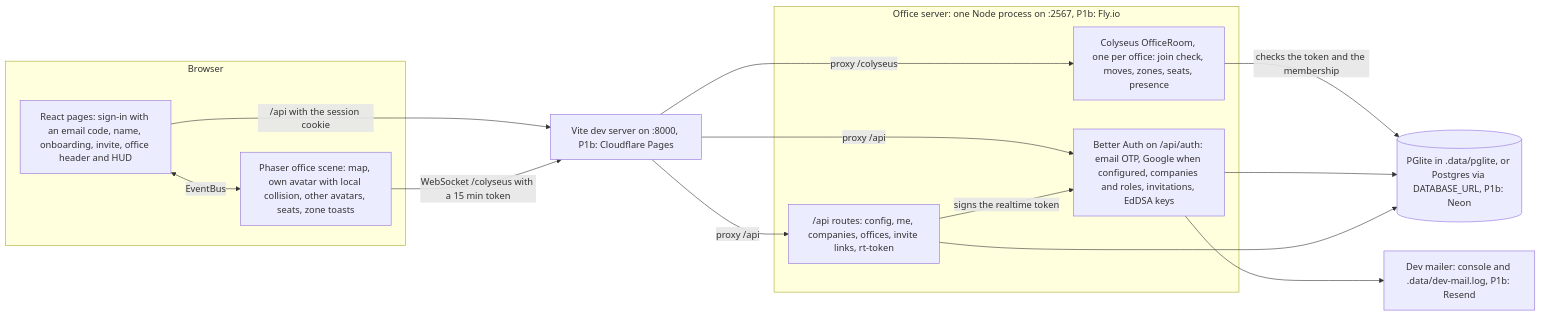
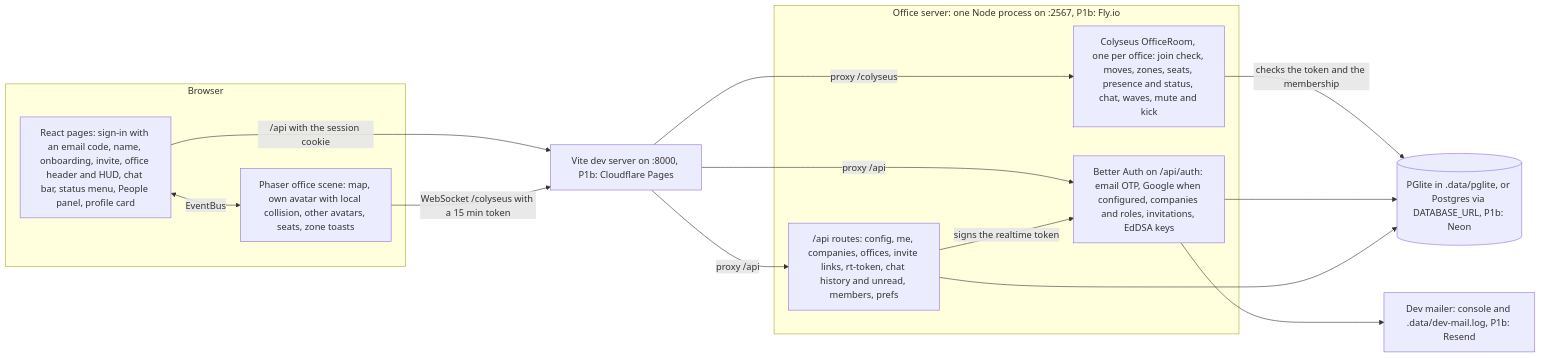
Before and after one commit to brijeshpatolia/virtual-office-app: the diagram in README.md, drawn with Mermaid. The commit also changed other lines of this file and 5 other files, not shown here.

````diff
--- a/README.md
+++ b/README.md
@@ -53,30 +57,30 @@
 ```mermaid
 flowchart LR
   subgraph Browser["Browser"]
-    Pages["React pages: sign-in with an email code, name, onboarding, invite, office header and HUD"]
+    Pages["React pages: sign-in with an email code, name, onboarding, invite, office header and HUD, chat bar, status menu, People panel, profile card"]
     Game["Phaser office scene: map, own avatar with local collision, other avatars, seats, zone toasts"]
     Pages <-->|EventBus| Game
   end
 
   Vite["Vite dev server on :8000, P1b: Cloudflare Pages"]
 
   subgraph Server["Office server: one Node process on :2567, P1b: Fly.io"]
     Auth["Better Auth on /api/auth: email OTP, Google when configured, companies and roles, invitations, EdDSA keys"]
-    Routes["/api routes: config, me, companies, offices, invite links, rt-token"]
-    Room["Colyseus OfficeRoom, one per office: join check, moves, zones, seats, presence"]
+    Routes["/api routes: config, me, companies, offices, invite links, rt-token, chat history and unread, members, prefs"]
+    Room["Colyseus OfficeRoom, one per office: join check, moves, zones, seats, presence and status, chat, waves, mute and kick"]
   end
 
   DB[("PGlite in .data/pglite, or Postgres via DATABASE_URL, P1b: Neon")]
   Mail["Dev mailer: console and .data/dev-mail.log, P1b: Resend"]
 
   Pages -->|"/api with the session cookie"| Vite
   Game -->|"WebSocket /colyseus with a 15 min token"| Vite
   Vite -->|"proxy /api"| Auth
   Vite -->|"proxy /api"| Routes
   Vite -->|"proxy /colyseus"| Room
   Routes -->|"signs the realtime token"| Auth
   Room -->|"checks the token and the membership"| DB
   Auth --> DB
   Routes --> DB
   Auth --> Mail
 ```
````
